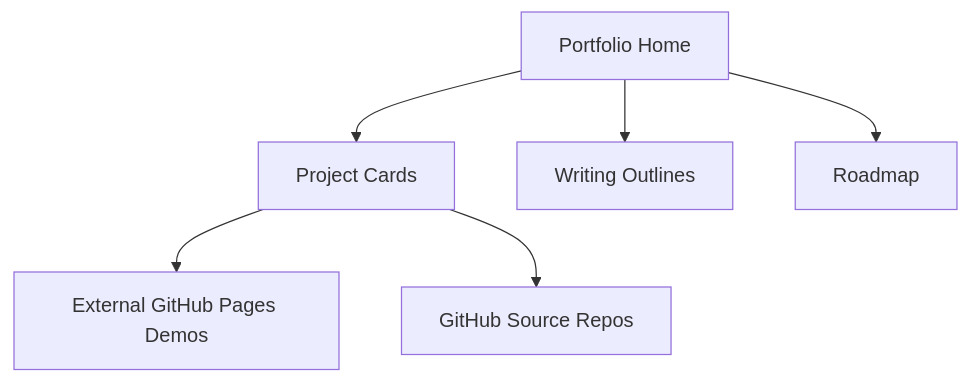
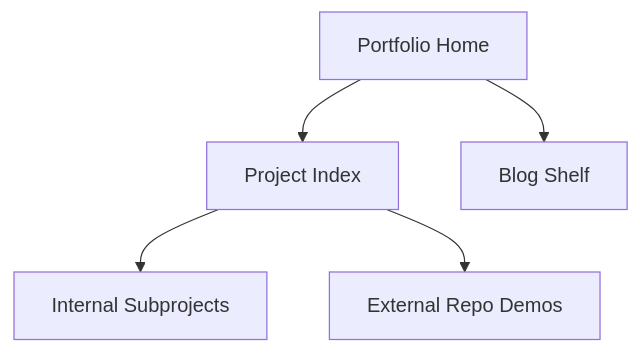
Before and after one commit to abhikhur27/abhikhur27.github.io: the diagram in README.md, drawn with Mermaid. The commit also changed other lines of this file and 14 other files, not shown here.

Commit message:
feat: shift portfolio to blog-first dark style and expand transit tooling

````diff
--- a/README.md
+++ b/README.md
@@ -27,8 +28,7 @@
 ```mermaid
 flowchart TD
-  A[Portfolio Home] --> B[Project Cards]
-  A --> C[Writing Outlines]
-  A --> D[Roadmap]
-  B --> E[External GitHub Pages Demos]
-  B --> F[GitHub Source Repos]
+  A[Portfolio Home] --> B[Project Index]
+  A --> C[Blog Shelf]
+  B --> D[Internal Subprojects]
+  B --> E[External Repo Demos]
 ```
````
